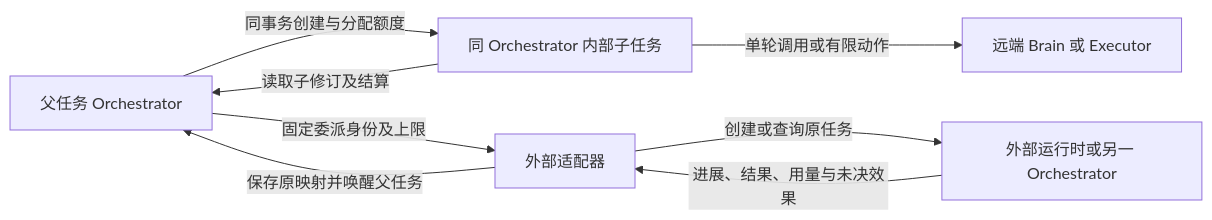
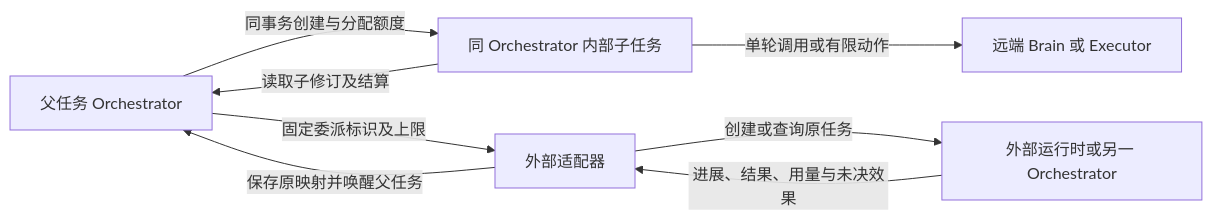
One commit to ruipengliu/lerna changed the first of 2 diagrams in docs/architecture/collaboration/README.md. Above: the diagram before and after it, drawn with Mermaid. The commit also changed other lines of this file and 205 other files, not shown here.

Commit message:
docs: unify architecture terminology

````diff
--- a/docs/architecture/collaboration/README.md
+++ b/docs/architecture/collaboration/README.md
@@ -23,10 +24,10 @@
 ```mermaid
 flowchart LR
     P[父任务 Orchestrator] -->|同事务创建与分配额度| C[同 Orchestrator 内部子任务]
     C -->|读取子修订及结算| P
     C -->|单轮调用或有限动作| R[远端 Brain 或 Executor]
-    P -->|固定委派身份及上限| A[外部适配器]
+    P -->|固定委派标识及上限| A[外部适配器]
     A -->|创建或查询原任务| X[外部运行时或另一 Orchestrator]
     X -->|进展、结果、用量与未决效果| A
     A -->|保存原映射并唤醒父任务| P
 ```
````
